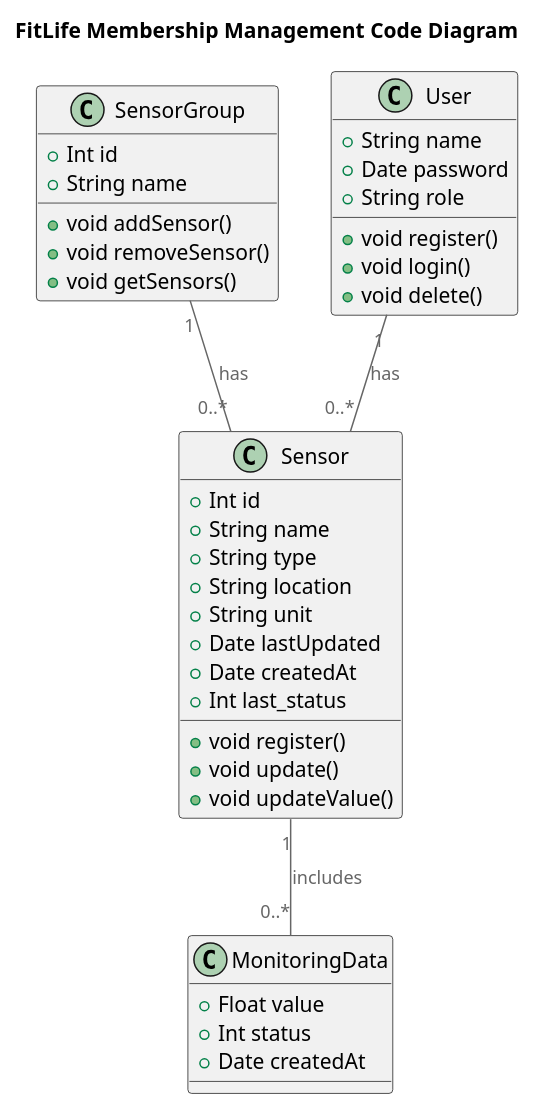
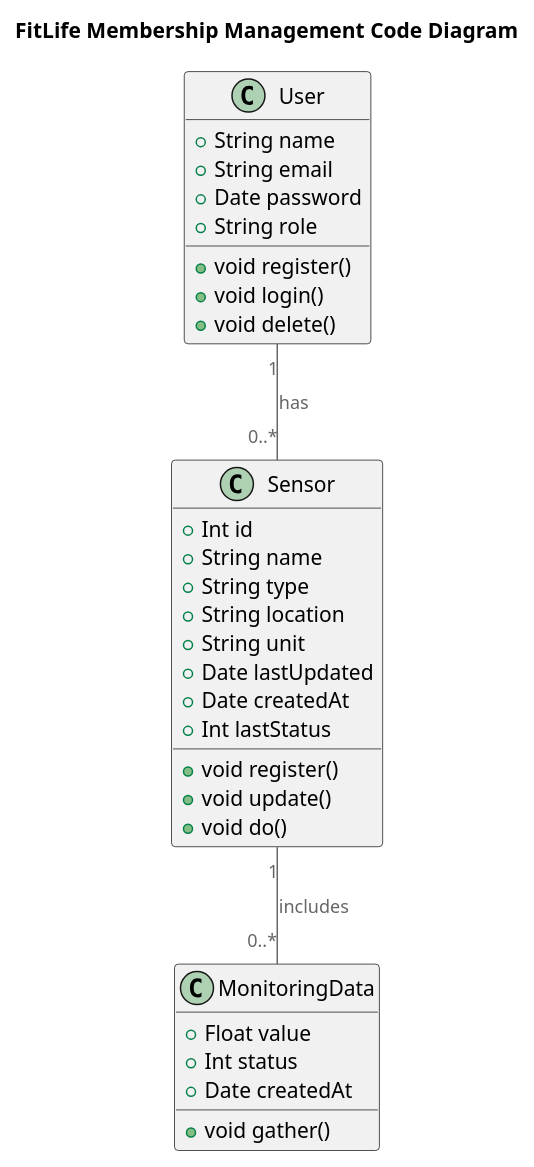
Before and after one commit to egorgasay/architecture-pro-warmhouse: the fifth of 6 diagrams in README.md, drawn with PlantUML. The commit also changed other lines of this file, not shown here.

Commit message:
TASK-4: done

````diff
--- a/README.md
+++ b/README.md
@@ -285,53 +286,45 @@
 ```plantuml
 @startuml
 title FitLife Membership Management Code Diagram
 
 top to bottom direction
 
 !includeurl https://raw.githubusercontent.com/RicardoNiepel/C4-PlantUML/master/C4_Component.puml
 
 class MonitoringData {
   +Float value
   +Int status
   +Date createdAt
+  +void gather()
 }
 
 class Sensor {
   +Int id
   +String name
   +String type
   +String location
   +String unit
   +Date lastUpdated
   +Date createdAt
-  +Int last_status
+  +Int lastStatus
   +void register()
   +void update()
-  +void updateValue()
-}
-
-
-class SensorGroup {
-  +Int id
-  +String name
-  +void addSensor()
-  +void removeSensor()
-  +void getSensors()
+  +void do()
 }
 
 
 class User {
   +String name
+  +String email
   +Date password
   +String role
   +void register()
   +void login()
   +void delete()
 }
 
 User "1" -- "0..*" Sensor : has
-SensorGroup "1" -- "0..*" Sensor : has
 Sensor "1" -- "0..*" MonitoringData : includes
 
 @enduml
 ```
````
